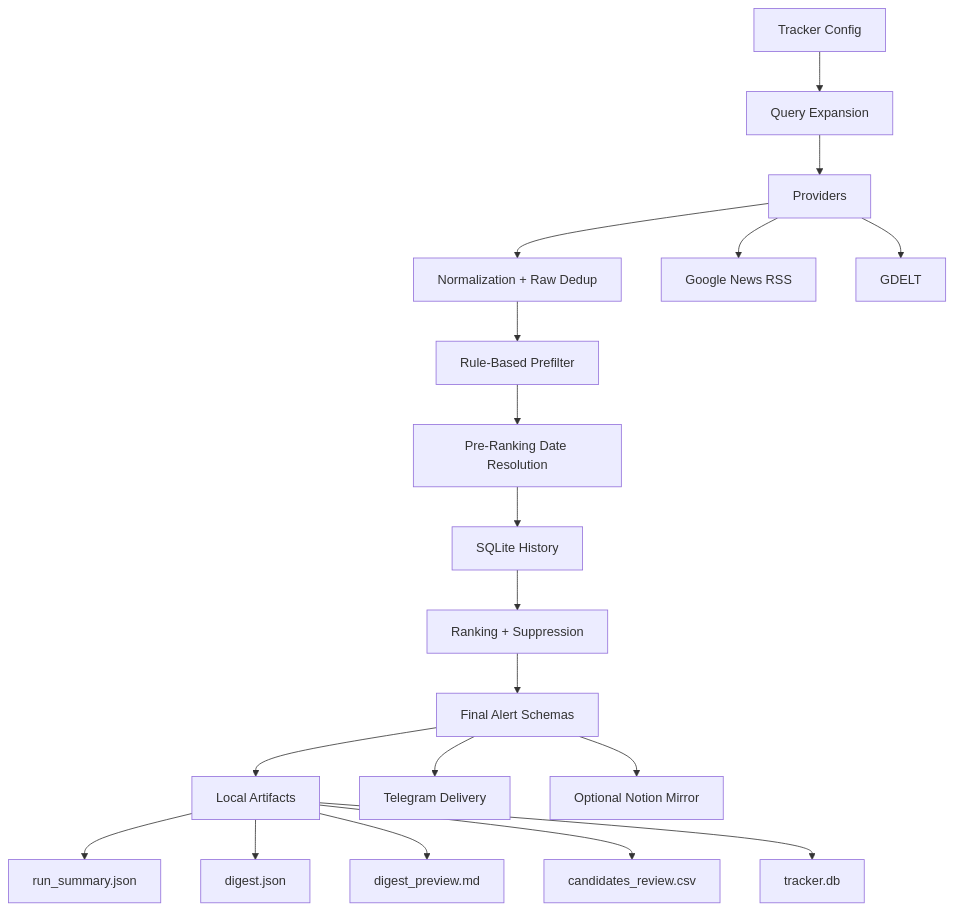
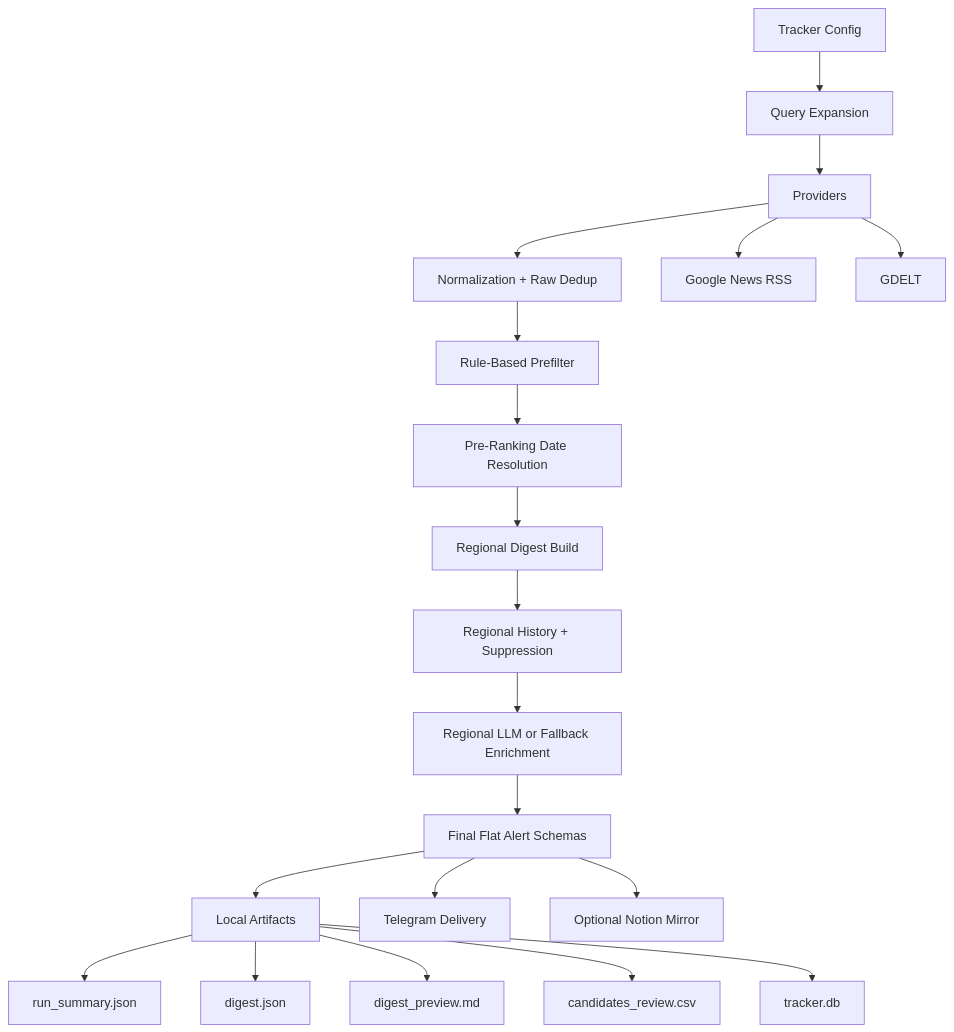
One commit to avorash11-maker/indrive_feedback changed the diagram in docs/architecture.md. Above: the diagram before and after it, drawn with Mermaid. The commit also changed other lines of this file and 12 other files, not shown here.

````diff
--- a/docs/architecture.md
+++ b/docs/architecture.md
@@ -90,23 +99,24 @@
 ```mermaid
 graph TD
     A[Tracker Config] --> B[Query Expansion]
     B --> C[Providers]
     C --> D[Normalization + Raw Dedup]
     D --> E[Rule-Based Prefilter]
     E --> F[Pre-Ranking Date Resolution]
-    F --> G[SQLite History]
-    G --> H[Ranking + Suppression]
-    H --> I[Final Alert Schemas]
-    I --> J[Local Artifacts]
-    I --> K[Telegram Delivery]
-    I --> L[Optional Notion Mirror]
+    F --> G[Regional Digest Build]
+    G --> H[Regional History + Suppression]
+    H --> I[Regional LLM or Fallback Enrichment]
+    I --> J[Final Flat Alert Schemas]
+    J --> K[Local Artifacts]
+    J --> L[Telegram Delivery]
+    J --> M[Optional Notion Mirror]
 
     C --> C1[Google News RSS]
     C --> C2[GDELT]
 
-    J --> J1[run_summary.json]
-    J --> J2[digest.json]
-    J --> J3[digest_preview.md]
-    J --> J4[candidates_review.csv]
-    J --> J5[tracker.db]
+    K --> K1[run_summary.json]
+    K --> K2[digest.json]
+    K --> K3[digest_preview.md]
+    K --> K4[candidates_review.csv]
+    K --> K5[tracker.db]
 ```
````
